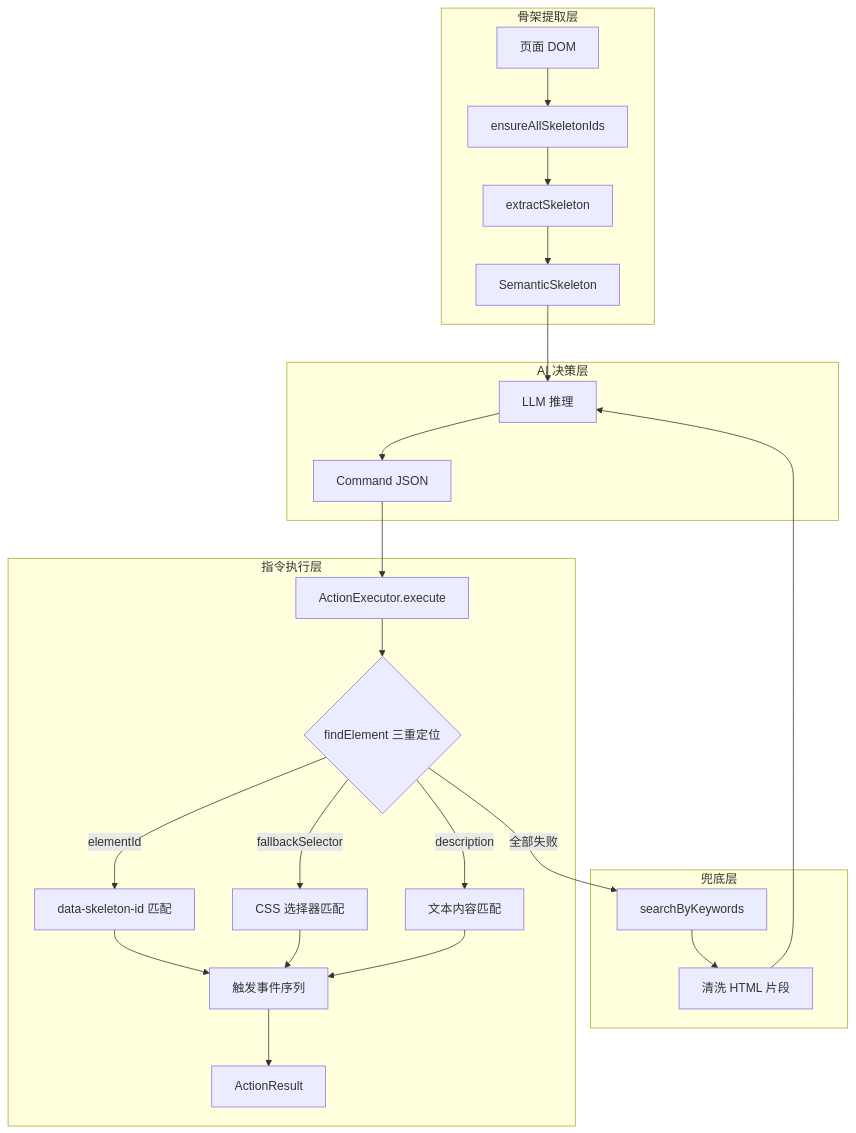
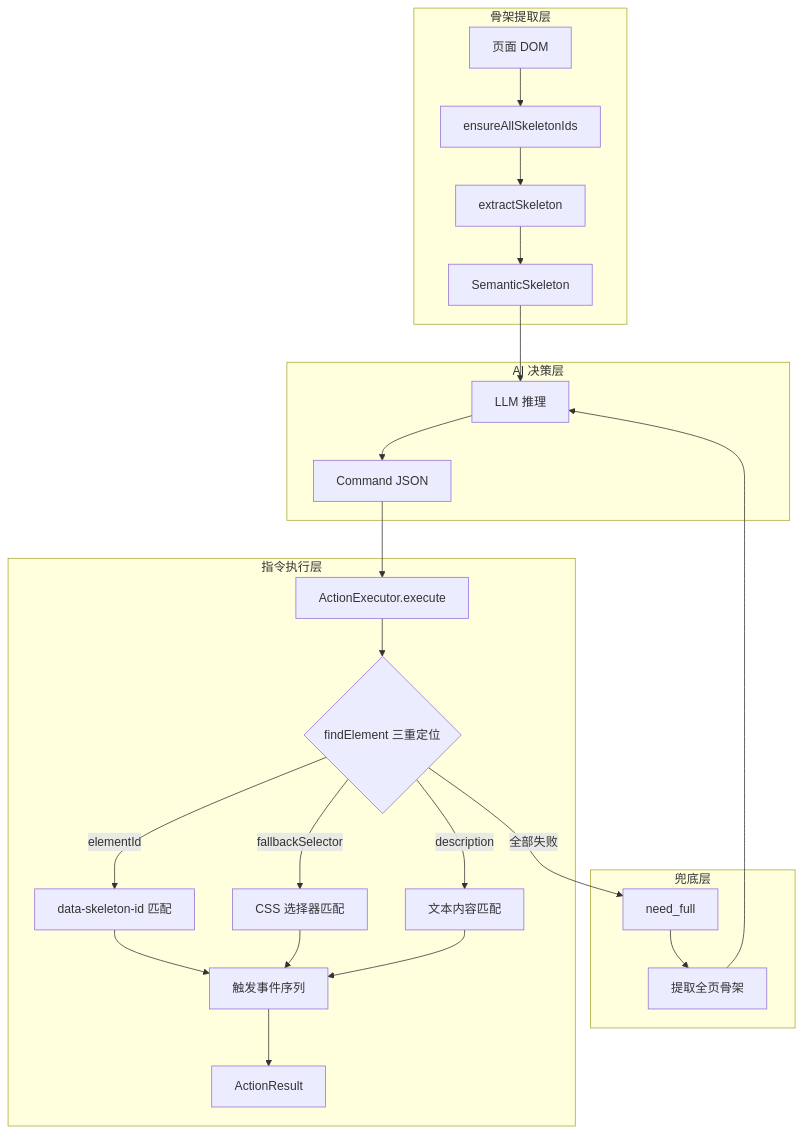
One commit to zw123zw/ai-browser changed the first of 5 diagrams in docs/architecture/browser-command.md. Above: the diagram before and after it, drawn with Mermaid. The commit also changed other lines of this file and 11 other files, not shown here.

First line of the commit message:
feat: [need_html] → [need_full] 全页骨架提取

````diff
--- a/docs/architecture/browser-command.md
+++ b/docs/architecture/browser-command.md
@@ -9,31 +9,31 @@
 ```mermaid
 flowchart TD
     subgraph 骨架提取层
         A[页面 DOM] --> B[ensureAllSkeletonIds]
         B --> C[extractSkeleton]
         C --> D[SemanticSkeleton]
     end
 
     subgraph AI 决策层
         D --> E[LLM 推理]
         E --> F[Command JSON]
     end
 
     subgraph 指令执行层
         F --> G[ActionExecutor.execute]
         G --> H{findElement 三重定位}
         H -->|elementId| I[data-skeleton-id 匹配]
         H -->|fallbackSelector| J[CSS 选择器匹配]
         H -->|description| K[文本内容匹配]
         I --> L[触发事件序列]
         J --> L
         K --> L
         L --> M[ActionResult]
     end
 
     subgraph 兜底层
-        H -->|全部失败| N[searchByKeywords]
-        N --> O[清洗 HTML 片段]
+        H -->|全部失败| N[need_full]
+        N --> O[提取全页骨架]
         O --> E
     end
 ```
````
